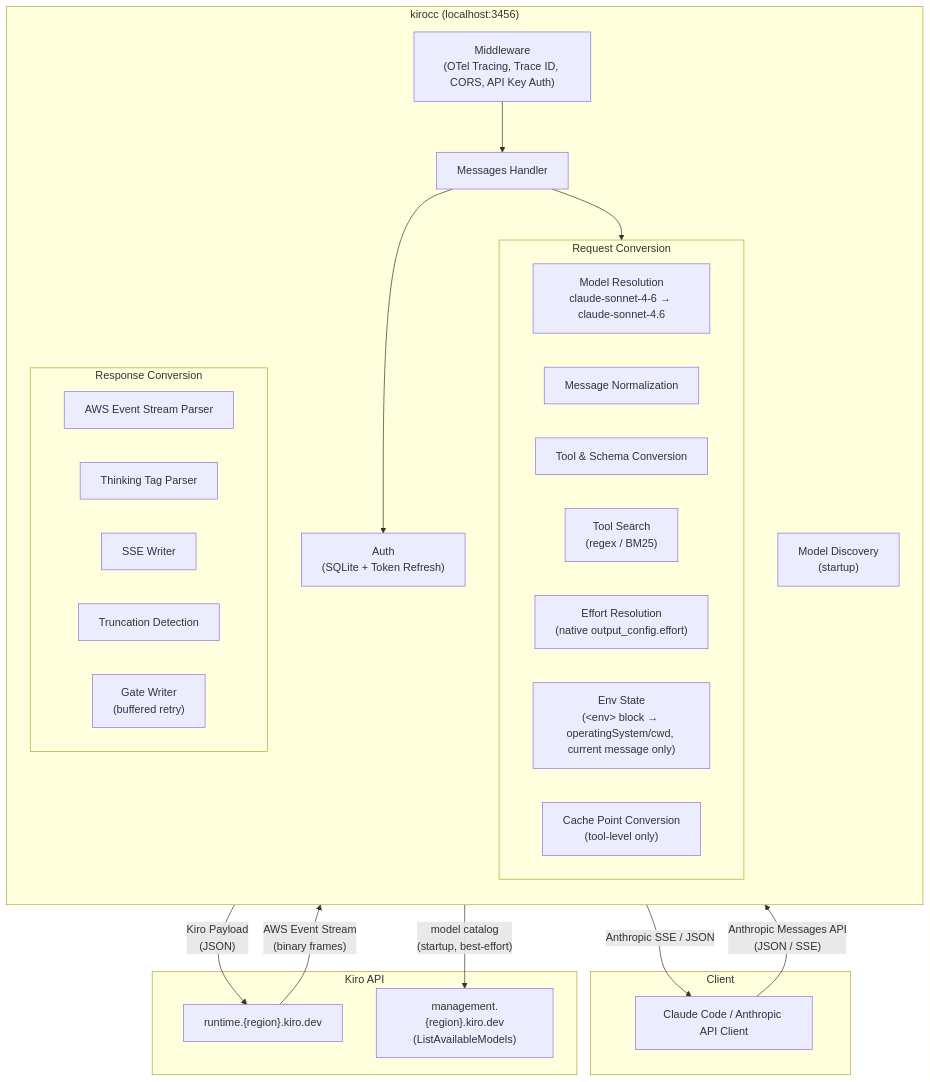
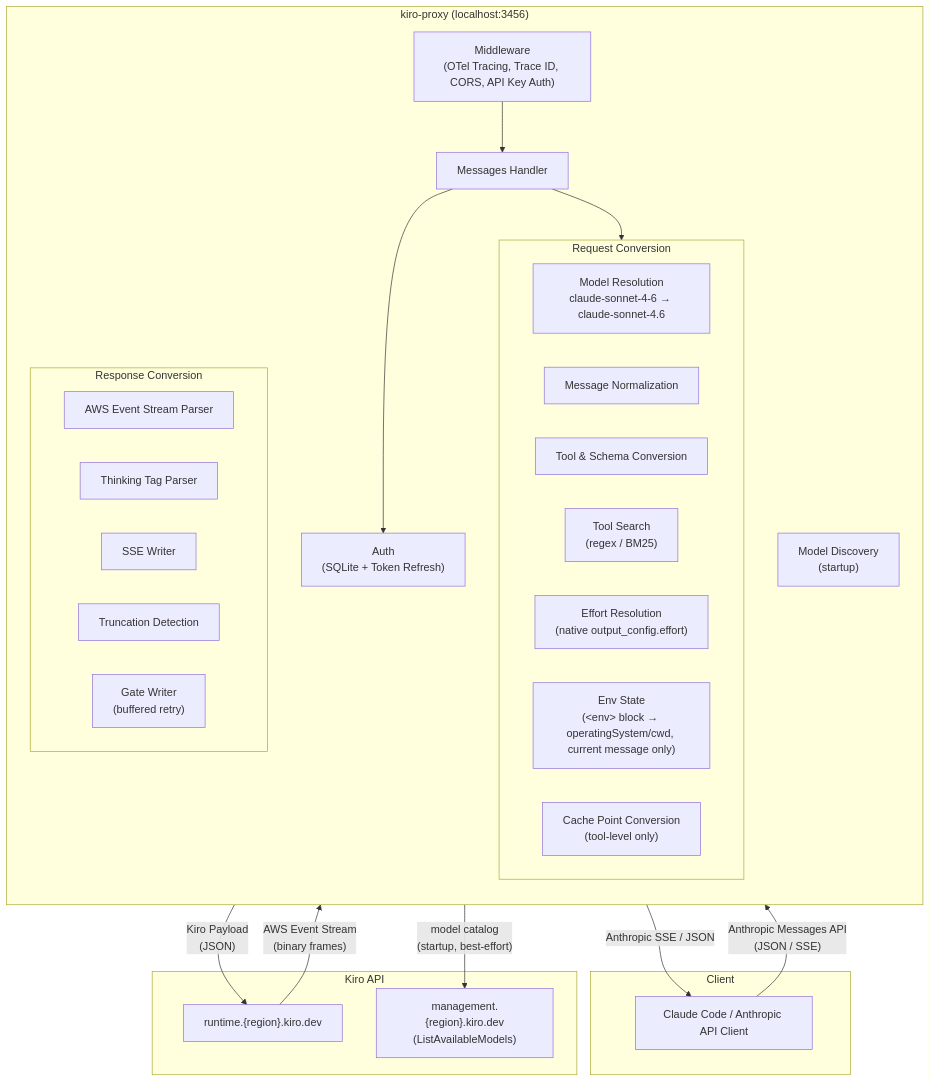
One commit to betterlmy/kiro-proxy changed the diagram in README.md. Above: the diagram before and after it, drawn with Mermaid. The commit also changed other lines of this file and 100 other files, not shown here.

````diff
--- a/README.md
+++ b/README.md
@@ -226,48 +239,48 @@
 ```mermaid
 flowchart TB
     subgraph Client
         CC["Claude Code / Anthropic API Client"]
     end
 
-    subgraph kirocc ["kirocc (localhost:3456)"]
+    subgraph kiro-proxy ["kiro-proxy (localhost:3456)"]
         direction TB
         MW["Middleware<br/>(OTel Tracing, Trace ID, CORS, API Key Auth)"]
         Handler["Messages Handler"]
         Auth["Auth<br/>(SQLite + Token Refresh)"]
         Discovery["Model Discovery<br/>(startup)"]
 
         subgraph reqconv ["Request Conversion"]
             direction LR
             ModelResolve["Model Resolution<br/>claude-sonnet-4-6 → claude-sonnet-4.6"]
             MsgNorm["Message Normalization"]
             ToolConv["Tool & Schema Conversion"]
             ToolSearch["Tool Search<br/>(regex / BM25)"]
             EffortResolve["Effort Resolution<br/>(native output_config.effort)"]
             EnvState["Env State<br/>(&lt;env&gt; block → operatingSystem/cwd, current message only)"]
             CacheConv["Cache Point Conversion<br/>(tool-level only)"]
         end
 
         subgraph respconv ["Response Conversion"]
             direction LR
             EventParse["AWS Event Stream Parser"]
             ThinkingParse["Thinking Tag Parser"]
             SSEWrite["SSE Writer"]
             TruncDetect["Truncation Detection"]
             GateWrite["Gate Writer<br/>(buffered retry)"]
         end
     end
 
     subgraph Kiro ["Kiro API"]
         KiroAPI["runtime.{region}.kiro.dev"]
         KiroMgmt["management.{region}.kiro.dev<br/>(ListAvailableModels)"]
     end
 
     CC -- "Anthropic Messages API<br/>(JSON / SSE)" --> MW
     MW --> Handler
     Handler --> Auth
     Handler --> reqconv
     Discovery -- "model catalog<br/>(startup, best-effort)" --> KiroMgmt
     reqconv -- "Kiro Payload<br/>(JSON)" --> KiroAPI
     KiroAPI -- "AWS Event Stream<br/>(binary frames)" --> respconv
     respconv -- "Anthropic SSE / JSON" --> CC
 ```
````
